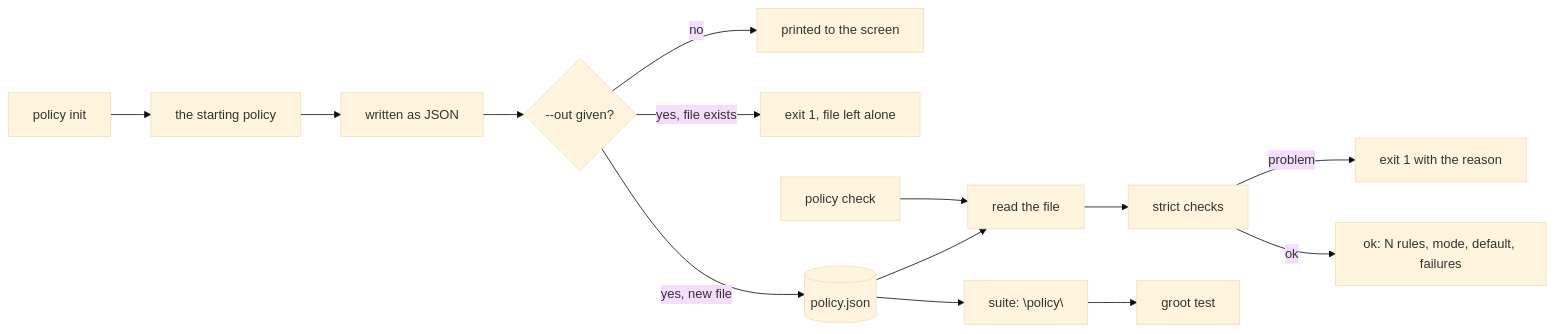
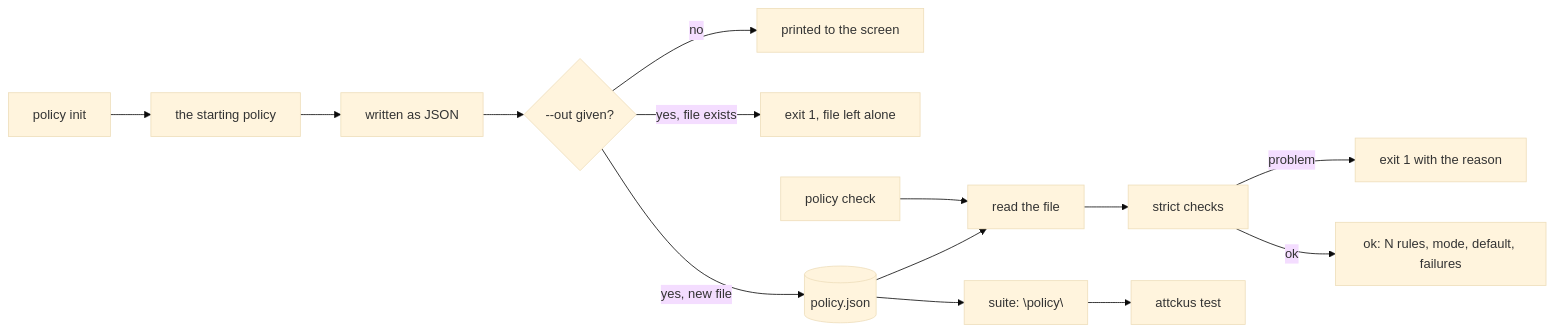
The diagram in docs/design/policy.md (attckus/attckus), drawn with Mermaid (base theme) before and after one commit. The commit also changed other lines of this file and 74 other files, not shown here.

````diff
--- a/docs/design/policy.md
+++ b/docs/design/policy.md
@@ -29,15 +29,15 @@
 ```mermaid
 flowchart LR
   init[policy init] --> def[the starting policy]
   def --> json[written as JSON]
   json --> dest{--out given?}
   dest -- no --> stdout[printed to the screen]
   dest -- yes, file exists --> refuse[exit 1, file left alone]
   dest -- yes, new file --> file[(policy.json)]
   check[policy check] --> load[read the file]
   file --> load
   load --> val[strict checks]
   val -- problem --> e1[exit 1 with the reason]
   val -- ok --> summary["ok: N rules, mode, default, failures"]
-  file --> suite["suite: \"policy\""] --> test[groot test]
+  file --> suite["suite: \"policy\""] --> test[attckus test]
 ```
````
